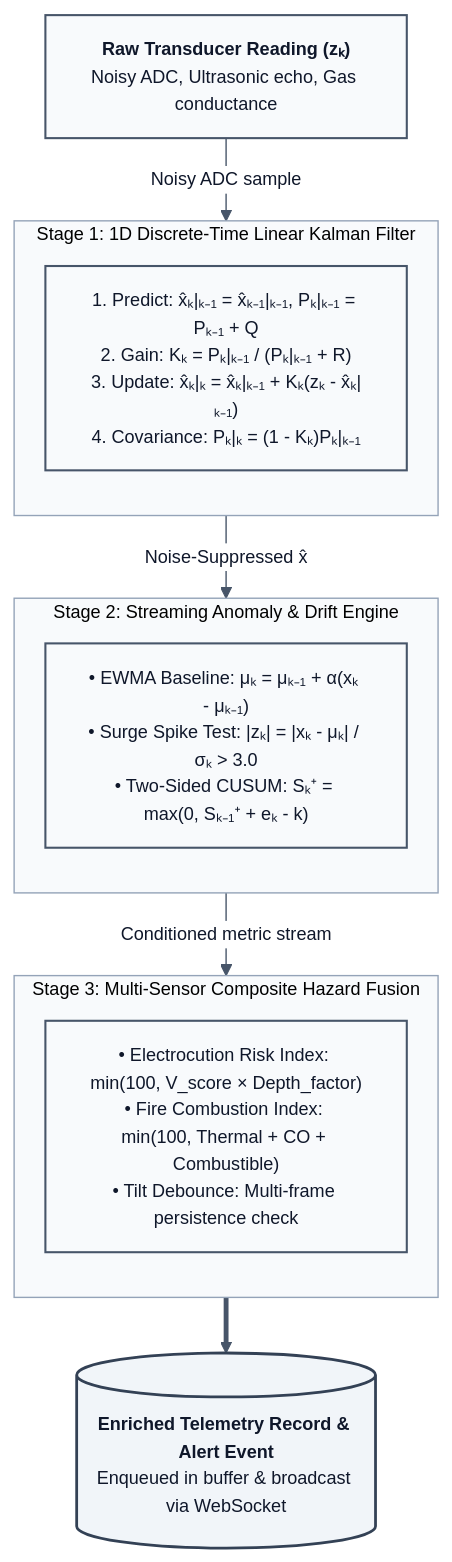
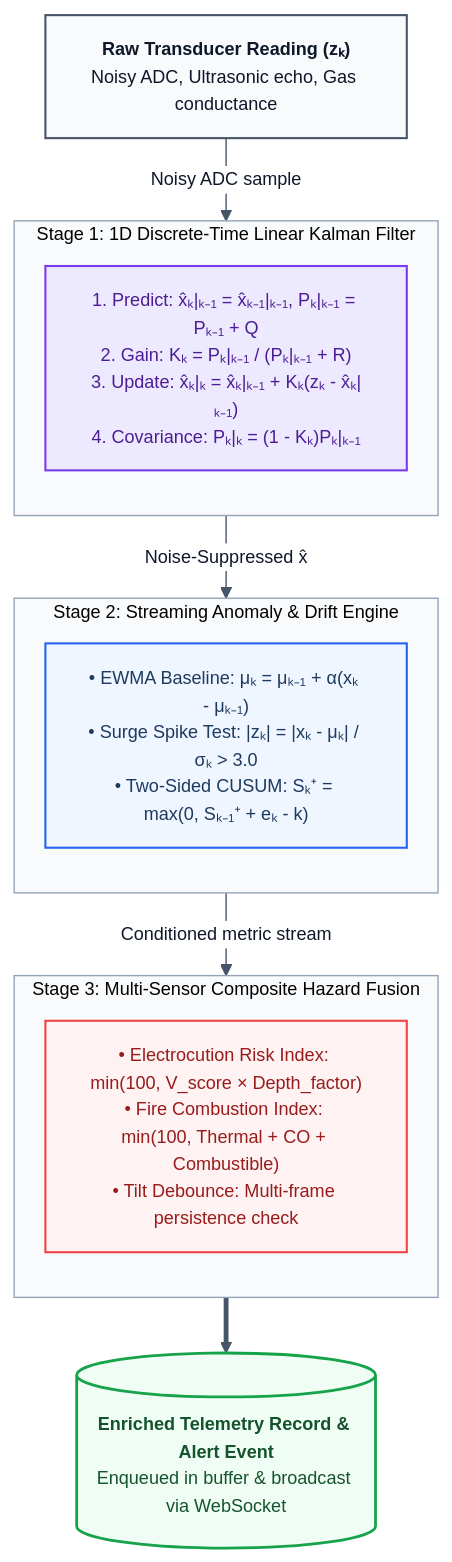
The second of 2 diagrams in ARCHITECTURE.md (MadhavK3/niriksha), drawn with Mermaid before and after one commit. The commit also changed other lines of this file and 10 other files, not shown here.

Commit message:
docs: overhaul architecture diagrams to semantic monochromatic Mermaid flowcharts

````diff
--- a/ARCHITECTURE.md
+++ b/ARCHITECTURE.md
@@ -134,49 +142,55 @@
 ```mermaid
 %%{init: {
   "theme": "base",
   "themeVariables": {
     "fontFamily": "Inter, Segoe UI, -apple-system, BlinkMacSystemFont, Roboto, sans-serif",
     "fontSize": "13px",
     "primaryColor": "#ffffff",
     "primaryBorderColor": "#64748b",
     "primaryTextColor": "#0f172a",
     "lineColor": "#475569",
     "clusterBkg": "#f8fafc",
     "clusterBorder": "#94a3b8"
   },
   "flowchart": { "curve": "basis", "htmlLabels": true, "nodeSpacing": 25, "rankSpacing": 40 }
 } }%%
 flowchart TB
     RAW["<b>Raw Transducer Reading (zₖ)</b><br/>Noisy ADC, Ultrasonic echo, Gas conductance"]
 
     subgraph KALMAN["Stage 1: 1D Discrete-Time Linear Kalman Filter"]
         direction TB
         K_OP["1. Predict: x̂ₖ|ₖ₋₁ = x̂ₖ₋₁|ₖ₋₁, Pₖ|ₖ₋₁ = Pₖ₋₁ + Q<br/>2. Gain: Kₖ = Pₖ|ₖ₋₁ / (Pₖ|ₖ₋₁ + R)<br/>3. Update: x̂ₖ|ₖ = x̂ₖ|ₖ₋₁ + Kₖ(zₖ - x̂ₖ|ₖ₋₁)<br/>4. Covariance: Pₖ|ₖ = (1 - Kₖ)Pₖ|ₖ₋₁"]
     end
 
     RAW -->|"Noisy ADC sample"| KALMAN
 
     subgraph ANOMALY["Stage 2: Streaming Anomaly &amp; Drift Engine"]
         direction TB
         A_OP["• EWMA Baseline: μₖ = μₖ₋₁ + α(xₖ - μₖ₋₁)<br/>• Surge Spike Test: |zₖ| = |xₖ - μₖ| / σₖ &gt; 3.0<br/>• Two-Sided CUSUM: Sₖ⁺ = max(0, Sₖ₋₁⁺ + eₖ - k)"]
     end
 
     KALMAN -->|"Noise-Suppressed x̂"| ANOMALY
 
     subgraph FUSION["Stage 3: Multi-Sensor Composite Hazard Fusion"]
         direction TB
         F_OP["• Electrocution Risk Index: min(100, V_score × Depth_factor)<br/>• Fire Combustion Index: min(100, Thermal + CO + Combustible)<br/>• Tilt Debounce: Multi-frame persistence check"]
     end
 
     ANOMALY -->|"Conditioned metric stream"| FUSION
 
     OUT[("<b>Enriched Telemetry Record &amp; Alert Event</b><br/>Enqueued in buffer &amp; broadcast via WebSocket")]
     FUSION ==> OUT
 
     classDef default fill:#ffffff,stroke:#64748b,stroke-width:1px,color:#0f172a;
-    classDef blueprint fill:#f8fafc,stroke:#475569,stroke-width:1.5px,color:#0f172a;
-    classDef storageNode fill:#f1f5f9,stroke:#334155,stroke-width:2px,color:#0f172a;
+    classDef nodeRaw fill:#f8fafc,stroke:#475569,stroke-width:1.5px,color:#0f172a;
+    classDef nodeKalman fill:#ede9fe,stroke:#7c3aed,stroke-width:1.5px,color:#4c1d95;
+    classDef nodeAnomaly fill:#eff6ff,stroke:#2563eb,stroke-width:1.5px,color:#1e3a5f;
+    classDef nodeHazard fill:#fef2f2,stroke:#ef4444,stroke-width:1.5px,color:#991b1b;
+    classDef nodeEnriched fill:#f0fdf4,stroke:#16a34a,stroke-width:2px,color:#14532d;
 
-    class RAW,K_OP,A_OP,F_OP blueprint;
-    class OUT storageNode;
+    class RAW nodeRaw;
+    class K_OP nodeKalman;
+    class A_OP nodeAnomaly;
+    class F_OP nodeHazard;
+    class OUT nodeEnriched;
 ```
````
